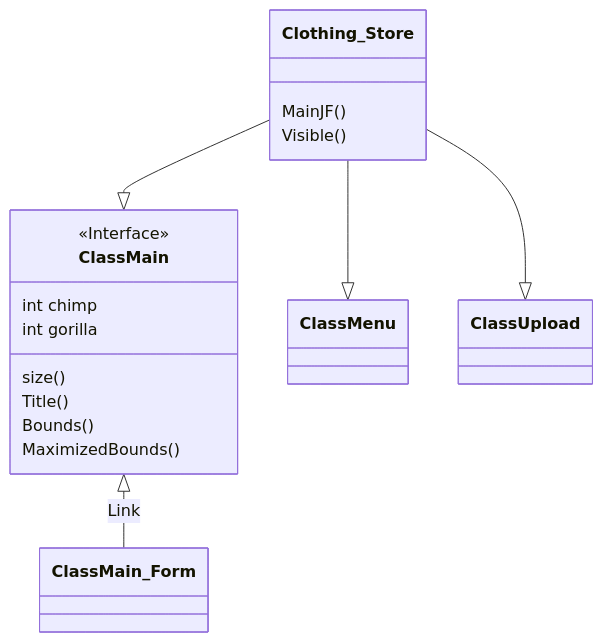
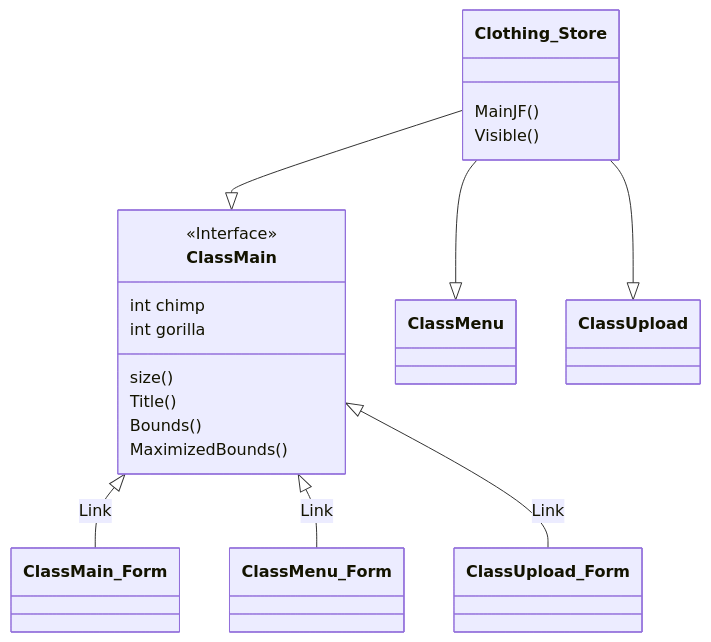
One commit to kawin101/Java_GUI_CRUD_CSV changed the third of 3 diagrams in README.md. Above: the diagram before and after it, drawn with Mermaid.

````diff
--- a/README.md
+++ b/README.md
@@ -33,17 +33,19 @@
 ```mermaid
 classDiagram
 ClassMain <|-- ClassMain_Form : Link
+ClassMain <|-- ClassMenu_Form : Link
+ClassMain <|-- ClassUpload_Form : Link
 <<Interface>> ClassMain
 Clothing_Store --|> ClassMain
 Clothing_Store --|> ClassMenu
 Clothing_Store --|> ClassUpload
 Clothing_Store : MainJF()
 Clothing_Store : Visible()
 ClassMain : size()
 ClassMain : Title()
 ClassMain : Bounds()
 ClassMain : MaximizedBounds()
 ClassMain : int chimp
 ClassMain : int gorilla
 
 ```
````
